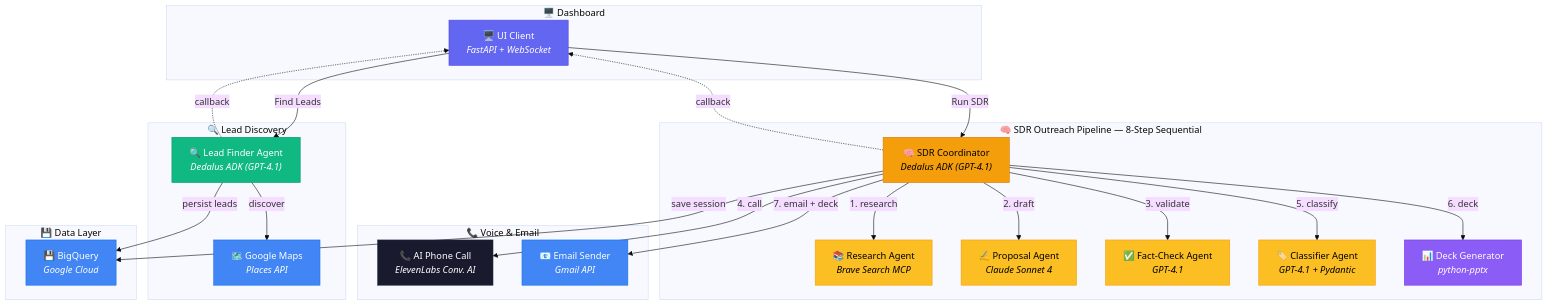
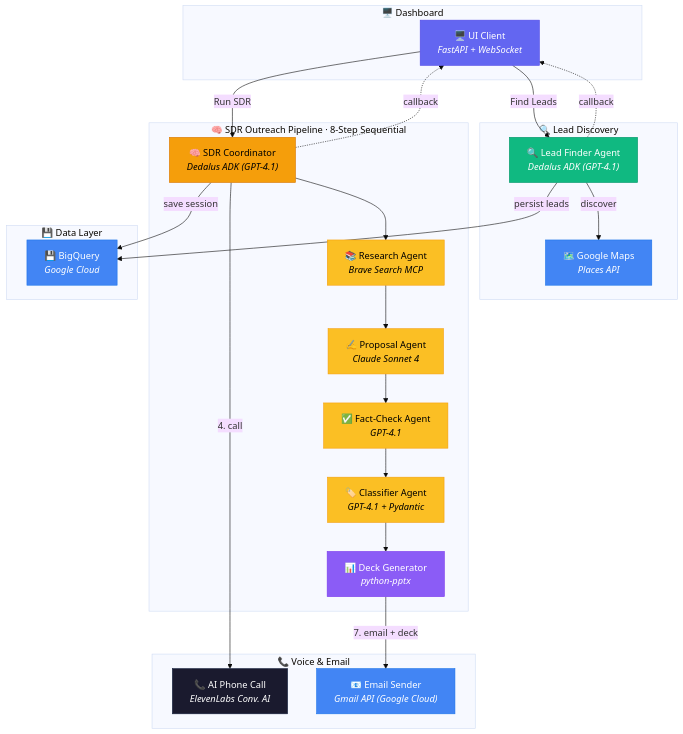
One commit to akshatbhandari15/RapidReach changed the first of 3 diagrams in README.md. Above: the diagram before and after it, drawn with Mermaid (base theme).

Commit message:
Update README with improved service map descriptions

````diff
--- a/README.md
+++ b/README.md
@@ -164,69 +164,67 @@
 ```mermaid
 graph TB
-    %% ── Row 1: Dashboard + Lead Discovery + External Services ──
+    %% ── ROW 1: Three blocks across the top ──
     subgraph "🖥️ Dashboard"
         UI["🖥️ UI Client<br/><i>FastAPI + WebSocket</i>"]
     end
 
     subgraph "🔍 Lead Discovery"
         LF["🔍 Lead Finder Agent<br/><i>Dedalus ADK (GPT-4.1)</i>"]
         MAPS["🗺️ Google Maps<br/><i>Places API</i>"]
     end
 
     subgraph "📞 Voice & Email"
         XI["📞 AI Phone Call<br/><i>ElevenLabs Conv. AI</i>"]
-        GMAIL["📧 Email Sender<br/><i>Gmail API</i>"]
+        GMAIL["📧 Email Sender<br/><i>Gmail API (Google Cloud)</i>"]
     end
 
-    %% ── Row 2: SDR Pipeline (wide, below the top 3) ──
-    subgraph "🧠 SDR Outreach Pipeline — 8-Step Sequential"
+    %% ── ROW 2: SDR Pipeline spans full width below ──
+    subgraph "🧠 SDR Outreach Pipeline  ·  8-Step Sequential"
         SDR["🧠 SDR Coordinator<br/><i>Dedalus ADK (GPT-4.1)</i>"]
         RA["📚 Research Agent<br/><i>Brave Search MCP</i>"]
         PA["✍️ Proposal Agent<br/><i>Claude Sonnet 4</i>"]
         FA["✅ Fact-Check Agent<br/><i>GPT-4.1</i>"]
         CA["🏷️ Classifier Agent<br/><i>GPT-4.1 + Pydantic</i>"]
         DA["📊 Deck Generator<br/><i>python-pptx</i>"]
 
-        SDR -->|"1. research"| RA
-        SDR -->|"2. draft"| PA
-        SDR -->|"3. validate"| FA
-        SDR -->|"5. classify"| CA
-        SDR -->|"6. deck"| DA
+        SDR --> RA --> PA --> FA --> CA --> DA
     end
 
-    %% ── Row 3: Data Layer ──
+    %% ── ROW 3: Data Layer at the bottom ──
     subgraph "💾 Data Layer"
         BQ["💾 BigQuery<br/><i>Google Cloud</i>"]
     end
 
-    %% ── Connections: Top row ──
+    %% User triggers (top → middle)
     UI -->|"Find Leads"| LF
     UI -->|"Run SDR"| SDR
+
+    %% Lead Finder → Maps + BigQuery
     LF -->|"discover"| MAPS
+    LF -->|"persist leads"| BQ
 
-    %% ── Connections: SDR ↔ External ──
+    %% SDR → Voice & Email (middle → top-right)
     SDR -->|"4. call"| XI
-    SDR -->|"7. email + deck"| GMAIL
+    DA -->|"7. email + deck"| GMAIL
 
-    %% ── Connections: Data persistence ──
-    LF -->|"persist leads"| BQ
+    %% SDR → BigQuery (middle → bottom)
     SDR -->|"save session"| BQ
 
-    %% ── Callbacks (dotted) ──
+    %% Callbacks (dashed, back to UI)
     LF -.->|"callback"| UI
     SDR -.->|"callback"| UI
 
-    %% ── Styles ──
+    %% Styles
     style UI fill:#6366f1,stroke:#4f46e5,color:#fff
     style LF fill:#10b981,stroke:#059669,color:#fff
     style MAPS fill:#4285F4,stroke:#1a73e8,color:#fff
+    style XI fill:#1a1a2e,stroke:#16213e,color:#fff
+    style GMAIL fill:#4285F4,stroke:#1a73e8,color:#fff
     style SDR fill:#f59e0b,stroke:#d97706,color:#000
     style RA fill:#fbbf24,stroke:#f59e0b,color:#000
     style PA fill:#fbbf24,stroke:#f59e0b,color:#000
     style FA fill:#fbbf24,stroke:#f59e0b,color:#000
     style CA fill:#fbbf24,stroke:#f59e0b,color:#000
     style DA fill:#8b5cf6,stroke:#7c3aed,color:#fff
-    style XI fill:#1a1a2e,stroke:#16213e,color:#fff
-    style GMAIL fill:#4285F4,stroke:#1a73e8,color:#fff
     style BQ fill:#4285F4,stroke:#1a73e8,color:#fff
 ```
````
